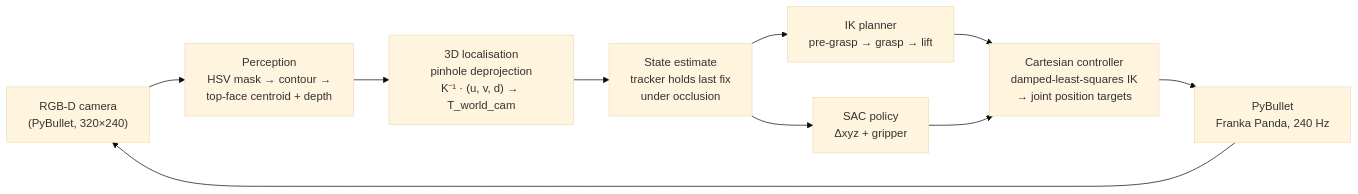
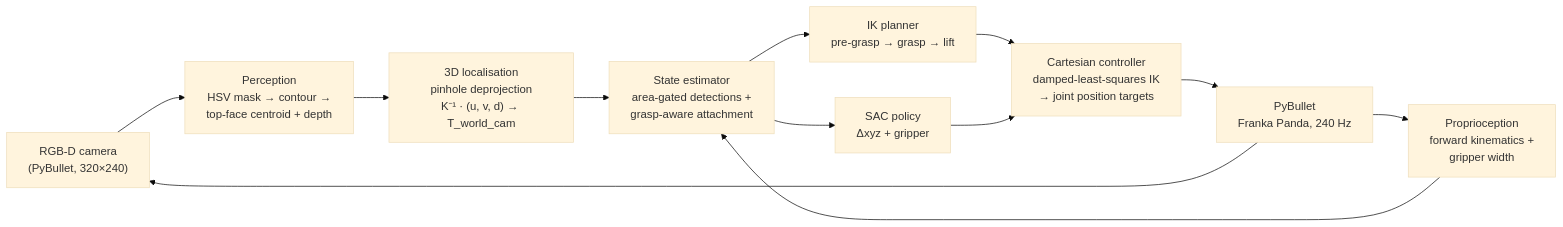
The diagram in projects/vision-rl-pickplace/README.md (SEVT-Logistics-Private-Limited/My-AI-Engineering-Journey), drawn with Mermaid (base theme) before and after one commit. The commit also changed other lines of this file and 1 other file, not shown here.

First line of the commit message:
README engineering log and seed protocol; CI policy regression gates

````diff
--- a/projects/vision-rl-pickplace/README.md
+++ b/projects/vision-rl-pickplace/README.md
@@ -42,12 +50,14 @@
 ```mermaid
 flowchart LR
     CAM["RGB-D camera<br/>(PyBullet, 320×240)"] --> PER["Perception<br/>HSV mask → contour →<br/>top-face centroid + depth"]
     PER --> LOC["3D localisation<br/>pinhole deprojection<br/>K⁻¹ · (u, v, d) → T_world_cam"]
-    LOC --> TRK["State estimate<br/>tracker holds last fix<br/>under occlusion"]
-    TRK --> IK["IK planner<br/>pre-grasp → grasp → lift"]
-    TRK --> RL["SAC policy<br/>Δxyz + gripper"]
+    LOC --> EST["State estimator<br/>area-gated detections +<br/>grasp-aware attachment"]
+    PROP["Proprioception<br/>forward kinematics +<br/>gripper width"] --> EST
+    EST --> IK["IK planner<br/>pre-grasp → grasp → lift"]
+    EST --> RL["SAC policy<br/>Δxyz + gripper"]
     IK --> CTRL["Cartesian controller<br/>damped-least-squares IK<br/>→ joint position targets"]
     RL --> CTRL
     CTRL --> SIM["PyBullet<br/>Franka Panda, 240 Hz"]
     SIM --> CAM
+    SIM --> PROP
 ```
````
